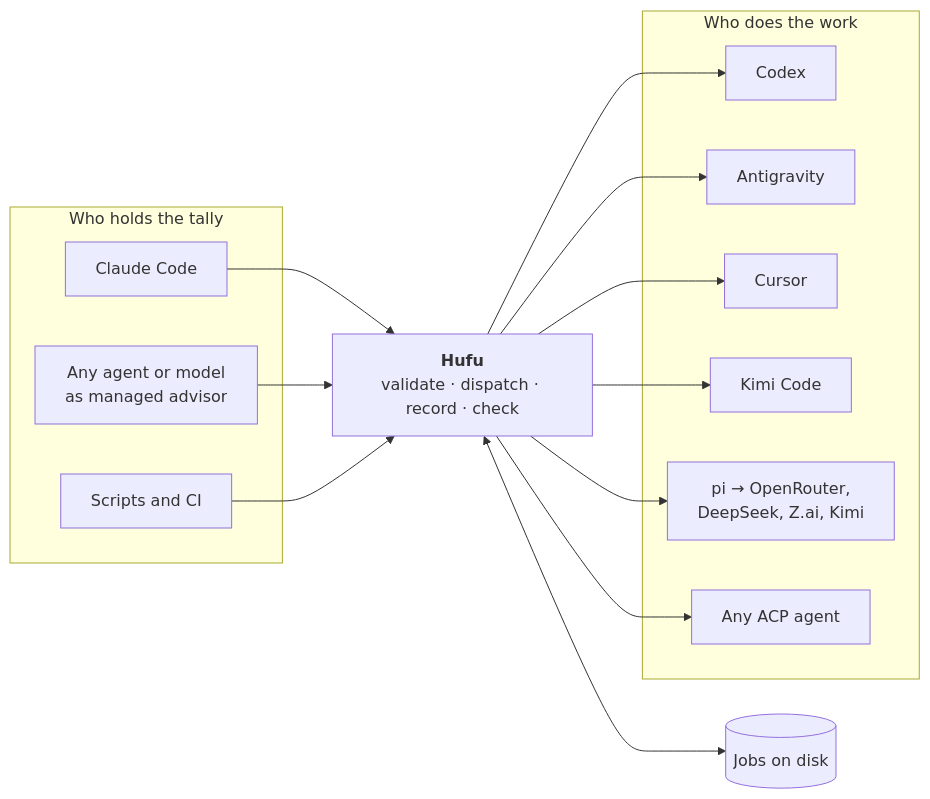
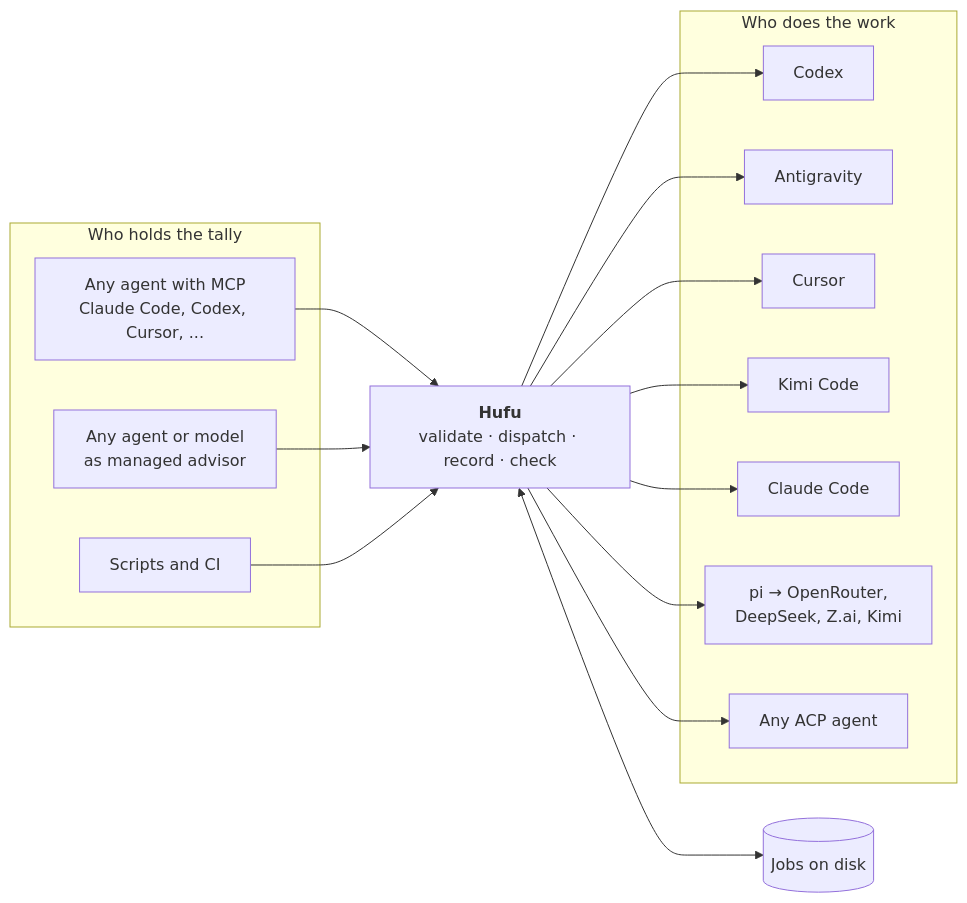
The diagram in README.md (kverona-ai/hufu), drawn with Mermaid before and after one commit. The commit also changed other lines of this file and 27 other files, not shown here.

````diff
--- a/README.md
+++ b/README.md
@@ -44,30 +70,32 @@
 ```mermaid
 flowchart LR
     subgraph Callers["Who holds the tally"]
-        A1["Claude Code"]
+        A1["Any agent with MCP<br/>Claude Code, Codex, Cursor, ..."]
         A2["Any agent or model<br/>as managed advisor"]
         A3["Scripts and CI"]
     end
 
     H["<b>Hufu</b><br/>validate · dispatch · record · check"]
 
     subgraph Executors["Who does the work"]
         E1["Codex"]
         E2["Antigravity"]
         E3["Cursor"]
         E4["Kimi Code"]
-        E5["pi → OpenRouter,<br/>DeepSeek, Z.ai, Kimi"]
-        E6["Any ACP agent"]
+        E5["Claude Code"]
+        E6["pi → OpenRouter,<br/>DeepSeek, Z.ai, Kimi"]
+        E7["Any ACP agent"]
     end
 
     A1 --> H
     A2 --> H
     A3 --> H
     H --> E1
     H --> E2
     H --> E3
     H --> E4
     H --> E5
     H --> E6
+    H --> E7
     H <--> S[("Jobs on disk")]
 ```
````
